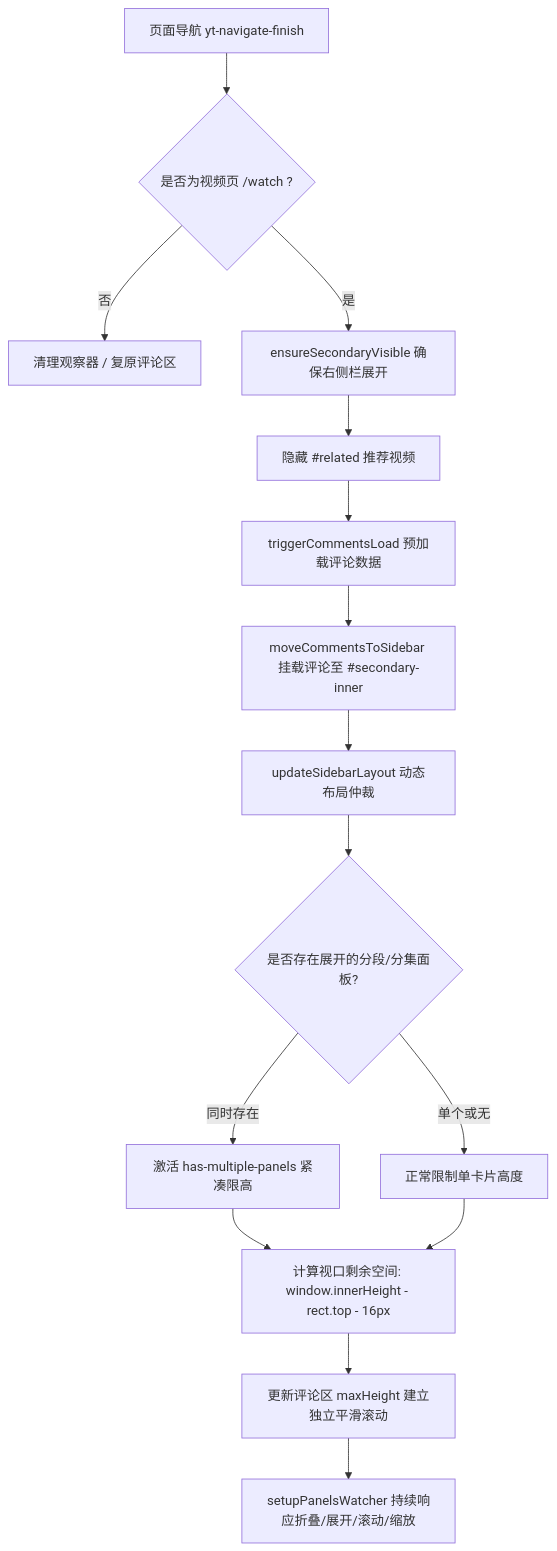
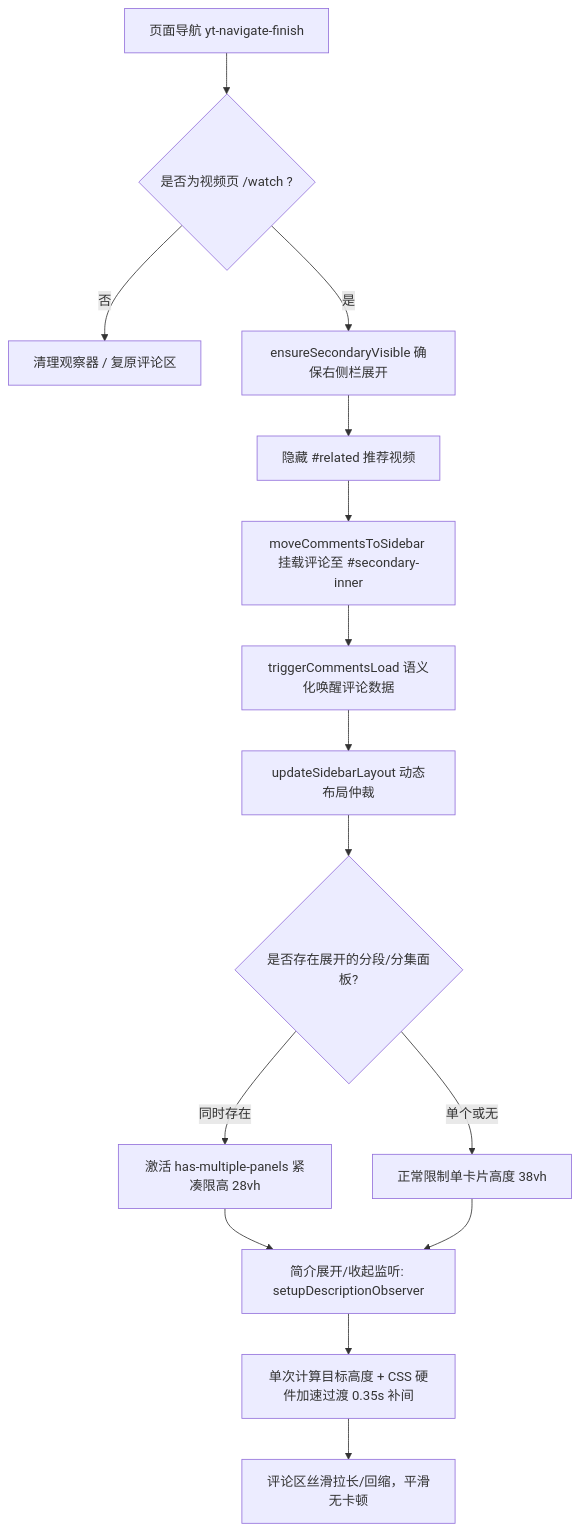
One commit to tom613951/youtube-comments-sidebar changed the diagram in README.md. Above: the diagram before and after it, drawn with Mermaid. The commit also changed other lines of this file and 1 other file, not shown here.

Commit message:
fix(v3.2): optimize description expansion animation with GPU-accelerated transition and eliminate layout thrashing

````diff
--- a/README.md
+++ b/README.md
@@ -55,17 +57,17 @@
 ```mermaid
 flowchart TD
     A[页面导航 yt-navigate-finish] --> B{是否为视频页 /watch ?}
     B -- 否 --> C[清理观察器 / 复原评论区]
     B -- 是 --> D[ensureSecondaryVisible 确保右侧栏展开]
     D --> E[隐藏 #related 推荐视频]
-    E --> F[triggerCommentsLoad 预加载评论数据]
-    F --> G[moveCommentsToSidebar 挂载评论至 #secondary-inner]
+    E --> F[moveCommentsToSidebar 挂载评论至 #secondary-inner]
+    F --> G[triggerCommentsLoad 语义化唤醒评论数据]
     G --> H[updateSidebarLayout 动态布局仲裁]
     H --> I{是否存在展开的分段/分集面板?}
-    I -- 同时存在 --> J[激活 has-multiple-panels 紧凑限高]
-    I -- 单个或无 --> K[正常限制单卡片高度]
-    J --> L[计算视口剩余空间: window.innerHeight - rect.top - 16px]
+    I -- 同时存在 --> J[激活 has-multiple-panels 紧凑限高 28vh]
+    I -- 单个或无 --> K[正常限制单卡片高度 38vh]
+    J --> L[简介展开/收起监听: setupDescriptionObserver]
     K --> L
-    L --> M[更新评论区 maxHeight 建立独立平滑滚动]
-    M --> N[setupPanelsWatcher 持续响应折叠/展开/滚动/缩放]
+    L --> M[单次计算目标高度 + CSS 硬件加速过渡 0.35s 补间]
+    M --> N[评论区丝滑拉长/回缩，平滑无卡顿]
 ```
````
